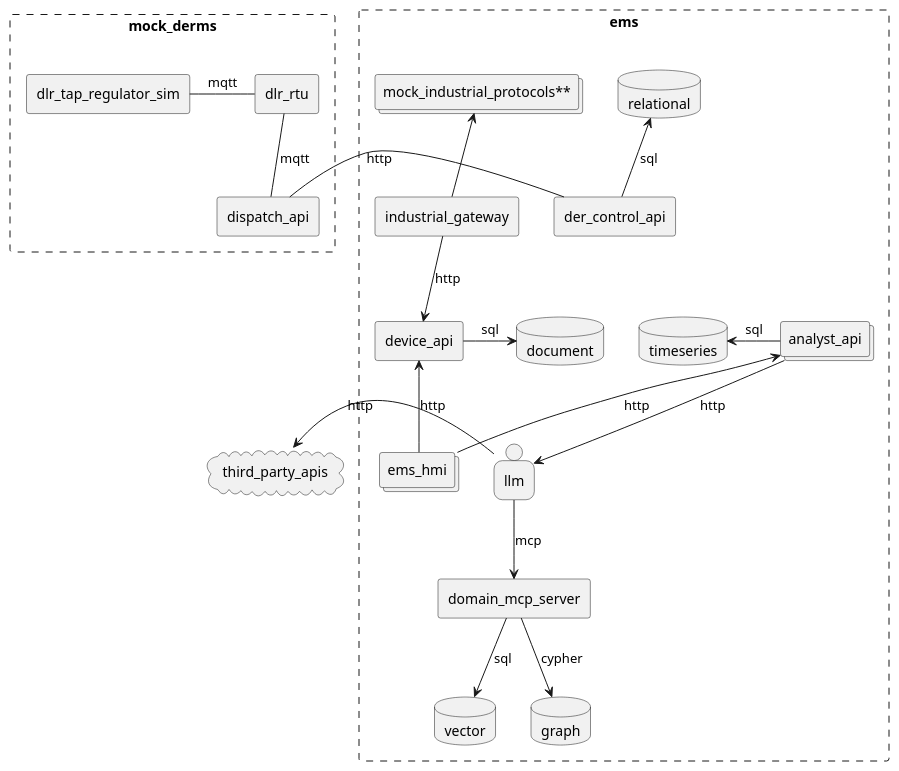
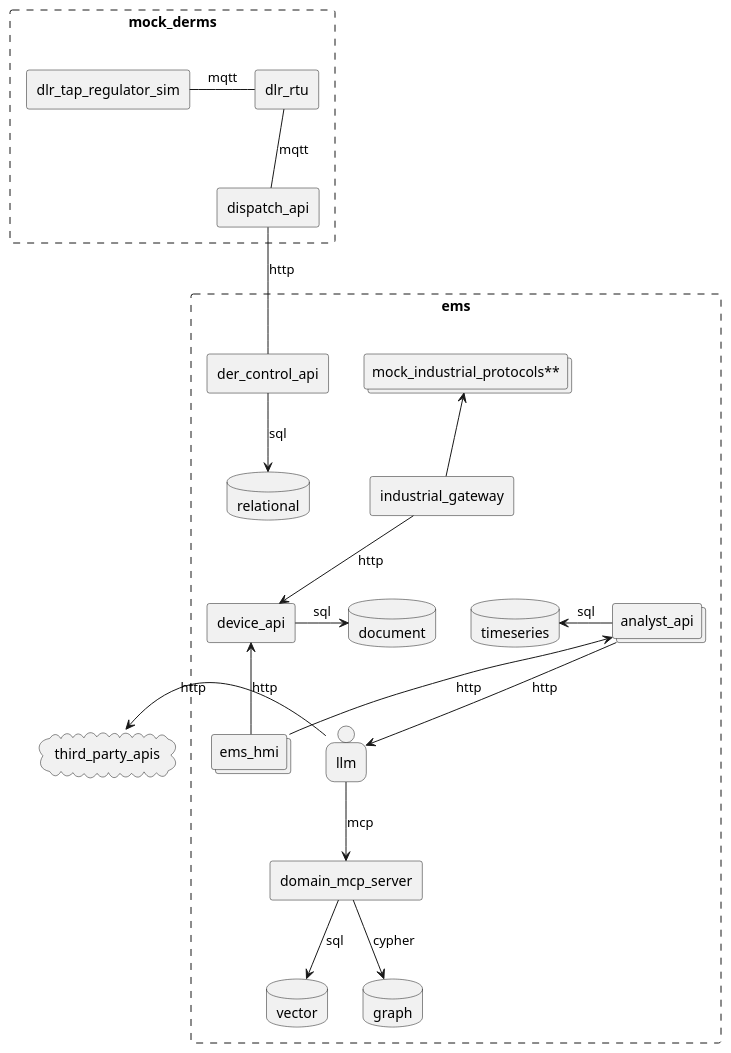
Before and after one commit to arcnode-io/ems: the first of 7 diagrams in readme.md, drawn with PlantUML.

Commit message:
📄 docs: DERMS integration

````diff
--- a/readme.md
+++ b/readme.md
@@ -29,38 +29,38 @@
 ```plantuml
 cloud third_party_apis
 rectangle ems #line.dashed {
 collections "mock_industrial_protocols**" as mock_industrial_protocols
     rectangle industrial_gateway
     rectangle device_api
     rectangle der_control_api
     database timeseries
     database vector
     database graph
     database relational
     collections analyst_api
     database document
     collections ems_hmi
     person llm
     rectangle domain_mcp_server
 }
 rectangle  mock_derms #line.dashed {
   rectangle dlr_tap_regulator_sim
   rectangle dlr_rtu
   rectangle dispatch_api
 }
 dlr_rtu -d- dispatch_api: mqtt
 dlr_tap_regulator_sim - dlr_rtu: mqtt
-dispatch_api - der_control_api: http
+dispatch_api -d- der_control_api: http
 industrial_gateway -u-> mock_industrial_protocols
 industrial_gateway --> device_api: http
 ems_hmi -u-> device_api: http
 device_api -r-> document: sql
-der_control_api -u-> relational: sql
+der_control_api -d-> relational: sql
 analyst_api -l-> timeseries: sql
 llm -d-> domain_mcp_server: mcp
 domain_mcp_server -d-> vector: sql
 domain_mcp_server -d-> graph: cypher
 ems_hmi -u-> analyst_api: http
 analyst_api -d-> llm: http
 llm -l-> third_party_apis: http
 ```
````
